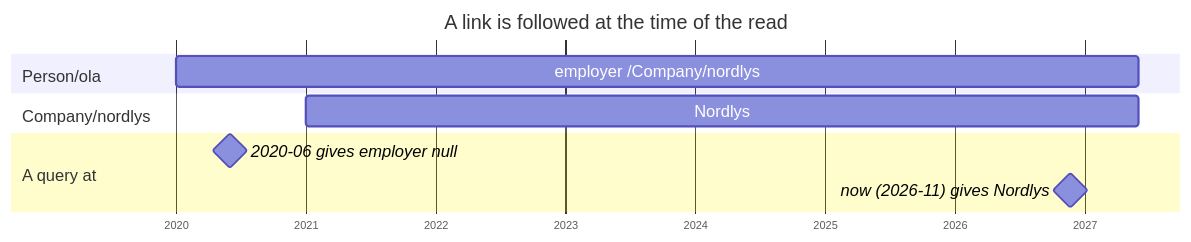
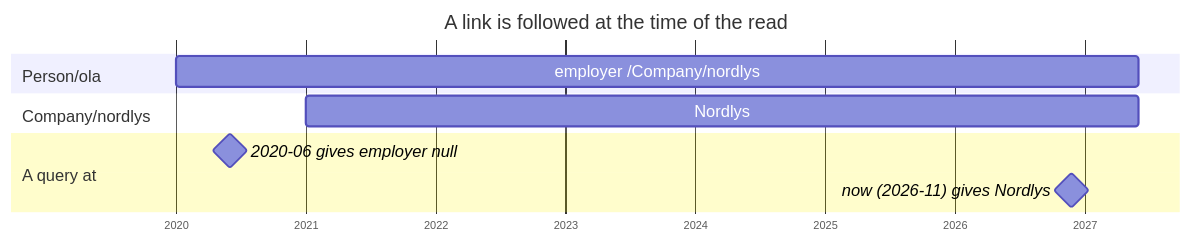
Before and after one commit to descoped/linked-data-store-project: the third of 9 diagrams in docs/user/concepts.md, drawn with Mermaid. The commit also changed other lines of this file and 67 other files, not shown here.

````diff
--- a/docs/user/concepts.md
+++ b/docs/user/concepts.md
@@ -414,15 +413,15 @@
 ```mermaid
 %%{init: {"gantt": {"leftPadding": 150, "fontSize": 15, "sectionFontSize": 15, "barHeight": 28, "barGap": 8}}}%%
 gantt
     title A link is followed at the time of the read
     dateFormat YYYY-MM-DD
     axisFormat %Y
     todayMarker off
     section Person/ola
     employer /Company/nordlys     : 2020-01-01, 2027-06-01
     section Company/nordlys
     Nordlys                       : 2021-01-01, 2027-06-01
     section A query at
     2020-06 gives employer null   : milestone, 2020-06-01, 0d
-    now (2026-11) gives Nordlys   : milestone, 2026-11-20, 0d
+    now (2026-11) gives Nordlys   : milestone, 2026-11-24, 0d
 ```
````
